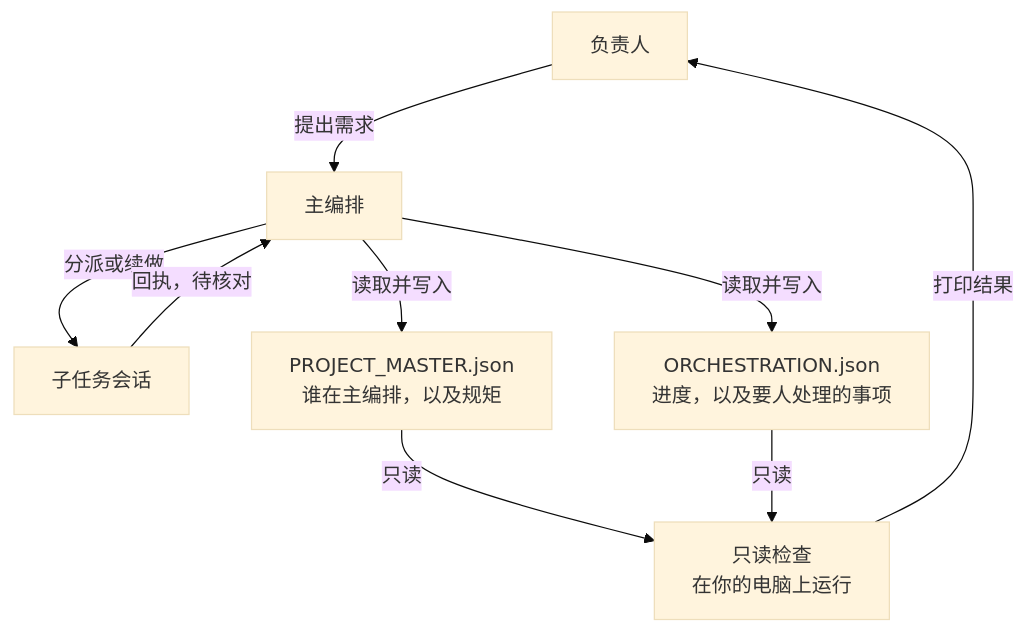
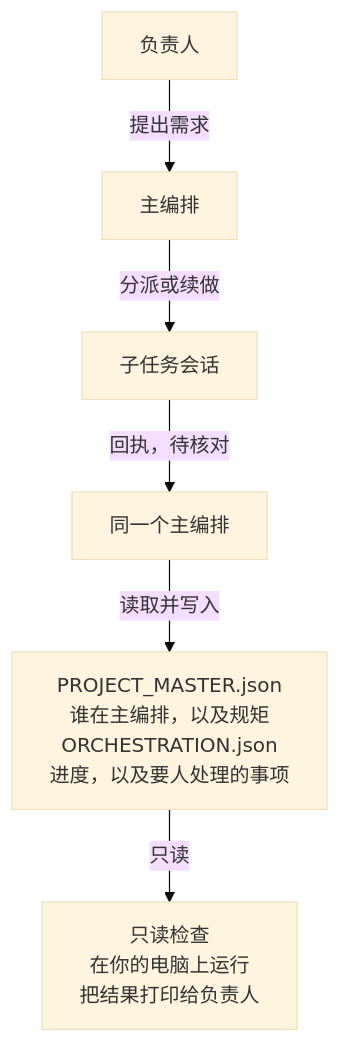
Before and after one commit to dlxeva/PMOP: the diagram in README.zh-CN.md, drawn with Mermaid (base theme). The commit also changed other lines of this file and 5 other files, not shown here.

First line of the commit message:
Show the architecture diagram as a static image

````diff
--- a/README.zh-CN.md
+++ b/README.zh-CN.md
@@ -7,18 +12,8 @@
 ```mermaid
 flowchart TD
-  human["负责人"]
-  master["主编排"]
-  tasks["子任务会话"]
-  idFile["PROJECT_MASTER.json<br/>谁在主编排，以及规矩"]
-  stateFile["ORCHESTRATION.json<br/>进度，以及要人处理的事项"]
-  scripts["只读检查<br/>在你的电脑上运行"]
-
-  human -->|提出需求| master
-  master -->|分派或续做| tasks
-  tasks -->|"回执，待核对"| master
-  master -->|读取并写入| idFile
-  master -->|读取并写入| stateFile
-  idFile -->|只读| scripts
-  stateFile -->|只读| scripts
-  scripts -->|打印结果| human
+  human["负责人"] -->|提出需求| master["主编排"]
+  master -->|分派或续做| tasks["子任务会话"]
+  tasks -->|"回执，待核对"| session["同一个主编排"]
+  session -->|读取并写入| files["PROJECT_MASTER.json<br/>谁在主编排，以及规矩<br/>ORCHESTRATION.json<br/>进度，以及要人处理的事项"]
+  files -->|只读| scripts["只读检查<br/>在你的电脑上运行<br/>把结果打印给负责人"]
 ```
````
